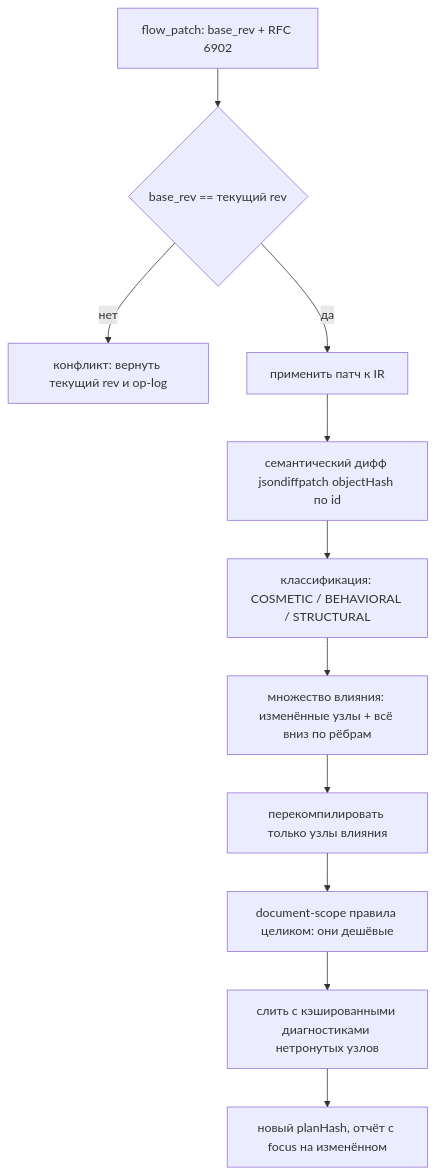
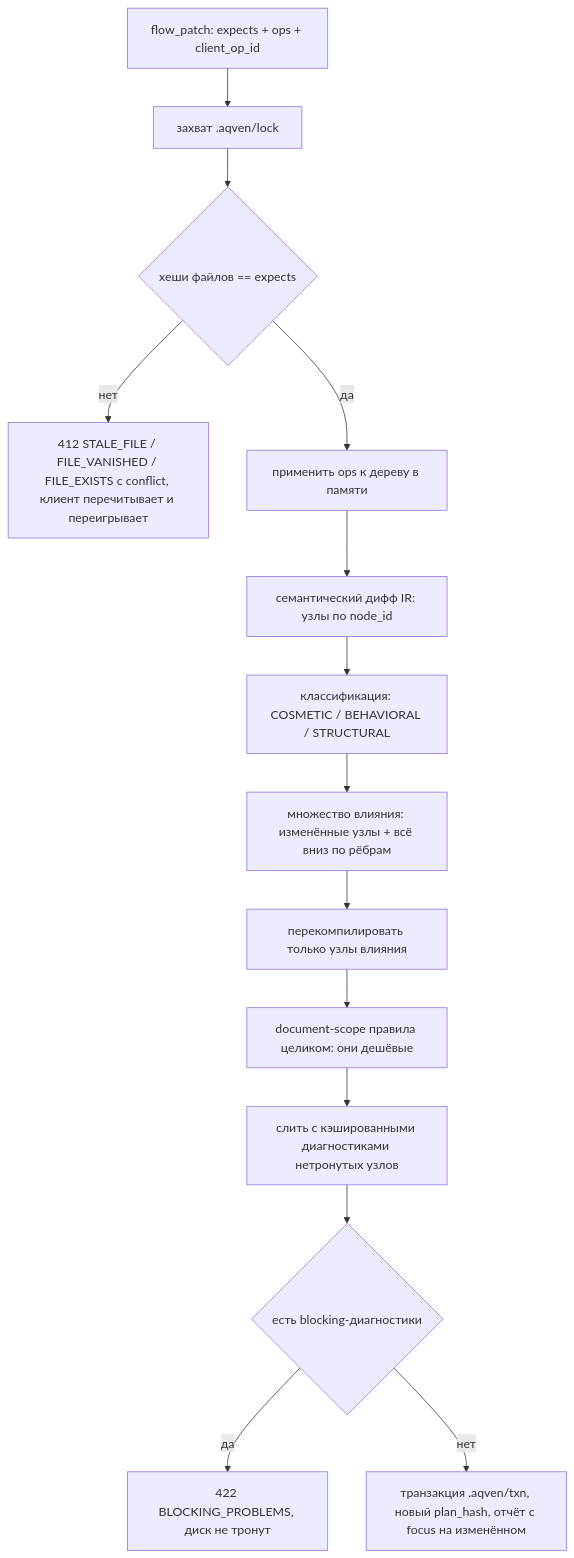
Before and after one commit to lastonoga/AQVEN: the second of 2 diagrams in docs/07-compiler.md, drawn with Mermaid. The commit also changed other lines of this file and 476 other files, not shown here.

````diff
--- a/docs/07-compiler.md
+++ b/docs/07-compiler.md
@@ -888,13 +1152,16 @@
 ```mermaid
 flowchart TD
-  A[flow_patch: base_rev + RFC 6902] --> B{base_rev == текущий rev}
-  B -- нет --> C[конфликт: вернуть текущий rev и op-log]
-  B -- да --> D[применить патч к IR]
-  D --> E[семантический дифф jsondiffpatch objectHash по id]
+  A[flow_patch: expects + ops + client_op_id] --> L[захват .aqven/lock]
+  L --> B{хеши файлов == expects}
+  B -- нет --> C[412 STALE_FILE / FILE_VANISHED / FILE_EXISTS с conflict, клиент перечитывает и переигрывает]
+  B -- да --> D[применить ops к дереву в памяти]
+  D --> E[семантический дифф IR: узлы по node_id]
   E --> F[классификация: COSMETIC / BEHAVIORAL / STRUCTURAL]
   F --> G[множество влияния: изменённые узлы + всё вниз по рёбрам]
   G --> H[перекомпилировать только узлы влияния]
   H --> I[document-scope правила целиком: они дешёвые]
   I --> J[слить с кэшированными диагностиками нетронутых узлов]
-  J --> K[новый planHash, отчёт с focus на изменённом]
+  J --> M{есть blocking-диагностики}
+  M -- да --> N[422 BLOCKING_PROBLEMS, диск не тронут]
+  M -- нет --> K[транзакция .aqven/txn, новый plan_hash, отчёт с focus на изменённом]
 ```
````
